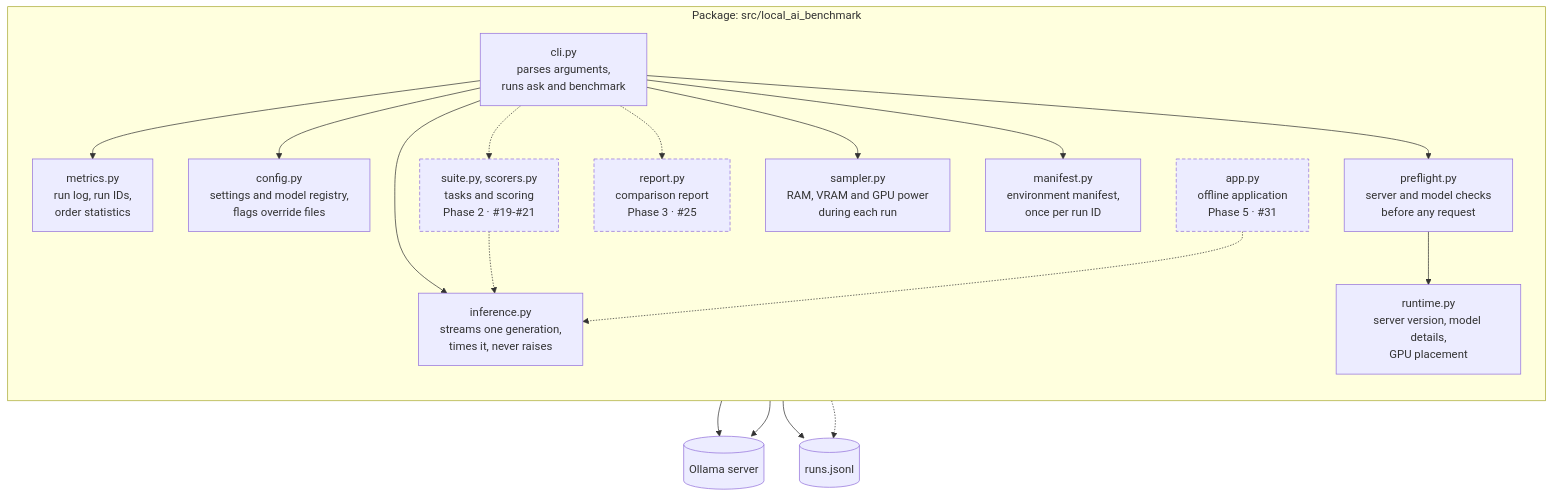
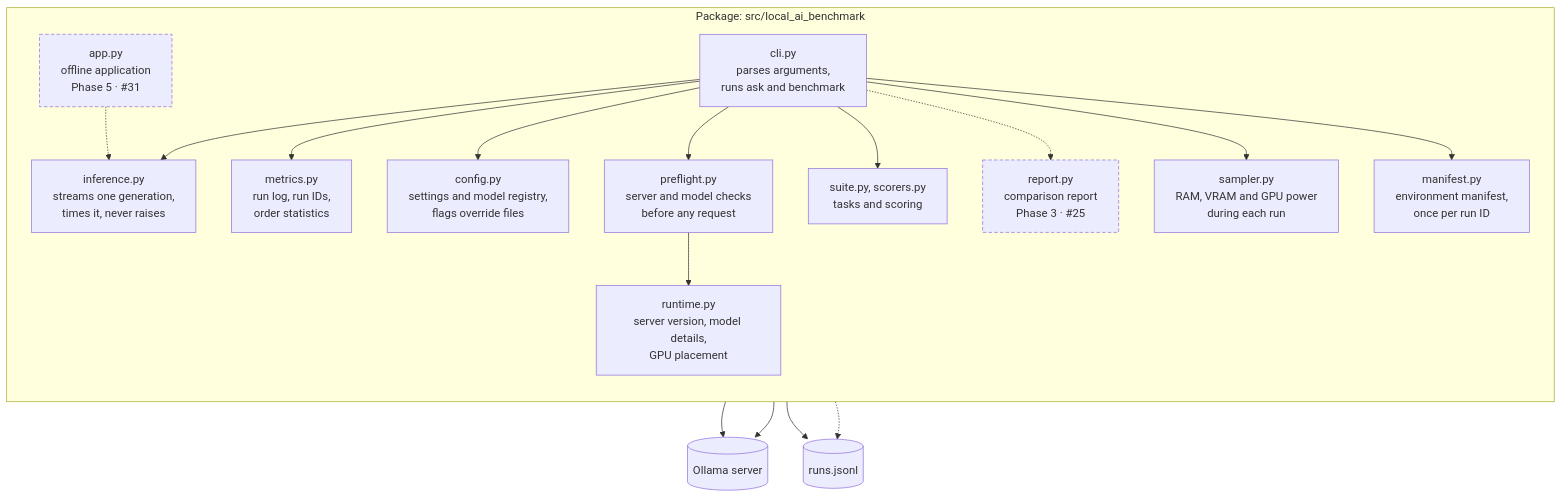
Before and after one commit to saicharan-nidiganti/local-ai-benchmark: the second of 3 diagrams in docs/architecture.md, drawn with Mermaid. The commit also changed other lines of this file and 13 other files, not shown here.

````diff
--- a/docs/architecture.md
+++ b/docs/architecture.md
@@ -51,35 +51,34 @@
 ```mermaid
 flowchart TB
     subgraph pkg["Package: src/local_ai_benchmark"]
         direction TB
         cli["cli.py<br/>parses arguments,<br/>runs ask and benchmark"]
         inference["inference.py<br/>streams one generation,<br/>times it, never raises"]
         metrics["metrics.py<br/>run log, run IDs,<br/>order statistics"]
         config["config.py<br/>settings and model registry,<br/>flags override files"]
         preflight["preflight.py<br/>server and model checks<br/>before any request"]
         runtimeq["runtime.py<br/>server version, model details,<br/>GPU placement"]
         manifest["manifest.py<br/>environment manifest,<br/>once per run ID"]
         sampler["sampler.py<br/>RAM, VRAM and GPU power<br/>during each run"]
-        suite["suite.py, scorers.py<br/>tasks and scoring<br/>Phase 2 · #19-#21"]:::planned
+        suite["suite.py, scorers.py<br/>tasks and scoring"]
         report["report.py<br/>comparison report<br/>Phase 3 · #25"]:::planned
         app["app.py<br/>offline application<br/>Phase 5 · #31"]:::planned
     end
     ollama[("Ollama server")]
     log[("runs.jsonl")]
     cli --> inference
     cli --> metrics
     inference --> ollama
     metrics --> log
     cli --> config
     cli --> preflight
     preflight --> runtimeq
     runtimeq --> ollama
-    cli -.-> suite
+    cli --> suite
     cli -.-> report
     cli --> sampler
     cli --> manifest
-    suite -.-> inference
     report -.-> log
     app -.-> inference
     classDef planned stroke-dasharray: 5 3
 ```
````
